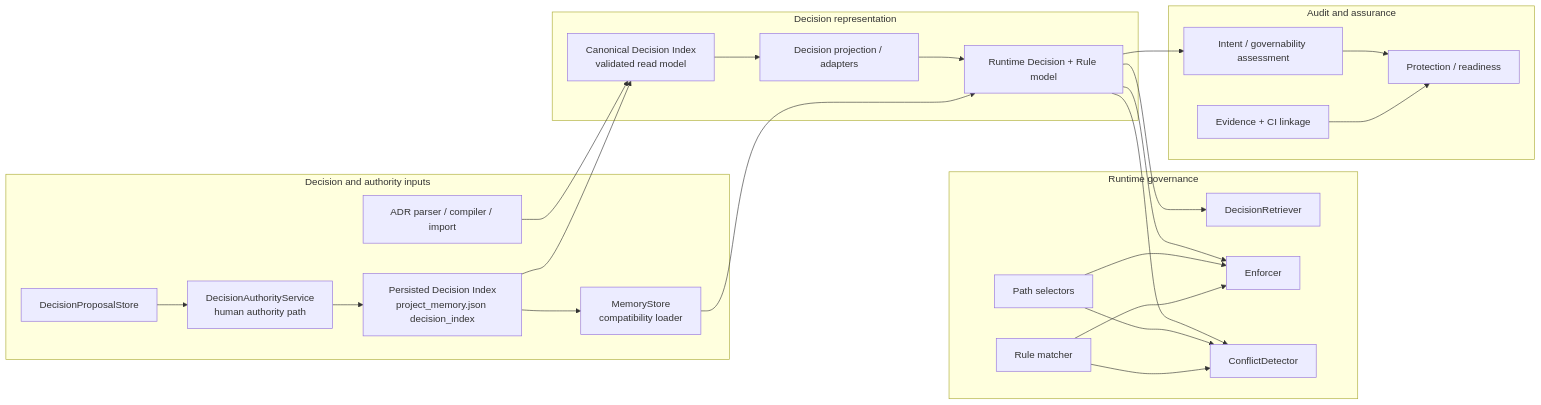
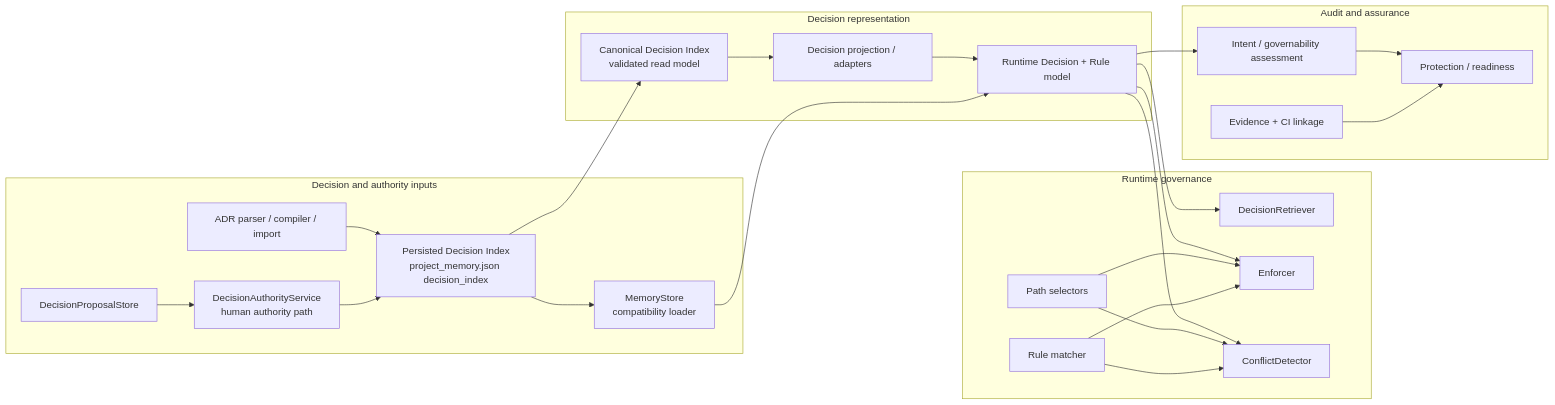
One commit to MnemeHQ/mneme changed the third of 4 diagrams in docs/architecture/README.md. Above: the diagram before and after it, drawn with Mermaid. The commit also changed other lines of this file and 3 other files, not shown here.

````diff
--- a/docs/architecture/README.md
+++ b/docs/architecture/README.md
@@ -221,52 +222,52 @@
 ```mermaid
 flowchart LR
     subgraph Inputs["Decision and authority inputs"]
         ADR["ADR parser / compiler / import"]
         Proposal["DecisionProposalStore"]
         Authority["DecisionAuthorityService<br/>human authority path"]
         Persisted["Persisted Decision Index<br/>project_memory.json decision_index"]
         MemoryStore["MemoryStore<br/>compatibility loader"]
     end
 
     subgraph Model["Decision representation"]
         Index["Canonical Decision Index<br/>validated read model"]
         Projection["Decision projection / adapters"]
         Runtime["Runtime Decision + Rule model"]
     end
 
     subgraph Governance["Runtime governance"]
         Retriever["DecisionRetriever"]
         Enforcer["Enforcer"]
         Conflict["ConflictDetector"]
         Paths["Path selectors"]
         Matcher["Rule matcher"]
     end
 
     subgraph Assurance["Audit and assurance"]
         Intent["Intent / governability assessment"]
         Protection["Protection / readiness"]
         Evidence["Evidence + CI linkage"]
     end
 
-    ADR --> Index
+    ADR --> Persisted
     Proposal --> Authority
     Authority --> Persisted
     Persisted --> Index
     Persisted --> MemoryStore
 
     Index --> Projection
     Projection --> Runtime
     MemoryStore --> Runtime
 
     Runtime --> Retriever
     Runtime --> Enforcer
     Runtime --> Conflict
     Paths --> Enforcer
     Paths --> Conflict
     Matcher --> Enforcer
     Matcher --> Conflict
 
     Runtime --> Intent
     Intent --> Protection
     Evidence --> Protection
 ```
````
